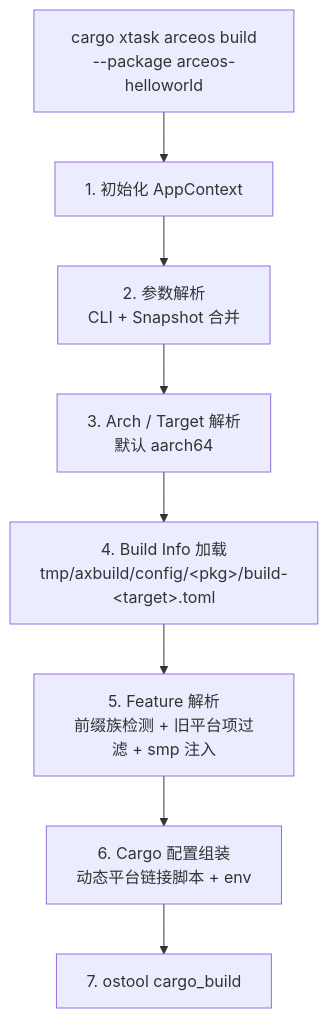
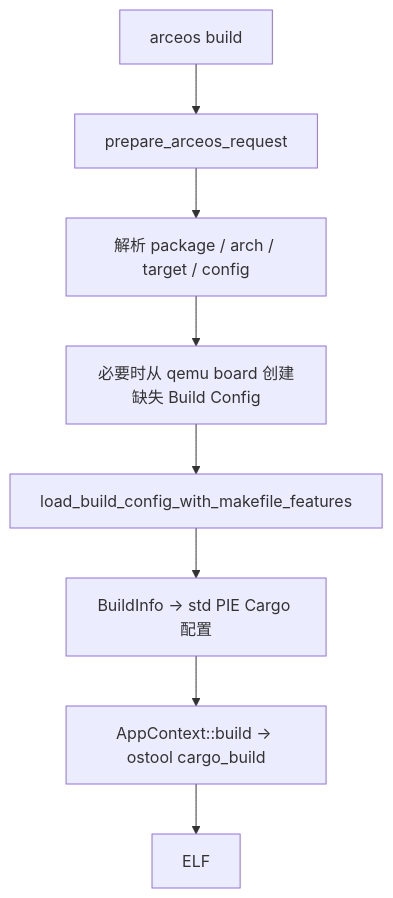
One commit to rcore-os/tgoskits changed the diagram in docs/docs/build/arceos/build.md. Above: the diagram before and after it, drawn with Mermaid. The commit also changed other lines of this file and 18 other files, not shown here.

Commit message:
docs(axbuild): rewrite build system docs around explicit config contracts and add ktest/agent-review-bench pages

````diff
--- a/docs/docs/build/arceos/build.md
+++ b/docs/docs/build/arceos/build.md
@@ -14,10 +14,10 @@
 ```mermaid
 flowchart TD
-    A["cargo xtask arceos build<br/>--package arceos-helloworld"] --> B[1. 初始化 AppContext]
-    B --> C["2. 参数解析<br/>CLI + Snapshot 合并"]
-    C --> D["3. Arch / Target 解析<br/>默认 aarch64"]
-    D --> E["4. Build Info 加载<br/>tmp/axbuild/config/&lt;pkg&gt;/build-&lt;target&gt;.toml"]
-    E --> F["5. Feature 解析<br/>前缀族检测 + 旧平台项过滤 + smp 注入"]
-    F --> G["6. Cargo 配置组装<br/>动态平台链接脚本 + env"]
-    G --> H["7. ostool cargo_build"]
+    A["arceos build"] --> B["prepare_arceos_request"]
+    B --> C["解析 package / arch / target / config"]
+    C --> D["必要时从 qemu board 创建缺失 Build Config"]
+    D --> E["load_build_config_with_makefile_features"]
+    E --> F["BuildInfo → std PIE Cargo 配置"]
+    F --> G["AppContext::build → ostool cargo_build"]
+    G --> H["ELF"]
 ```
````
